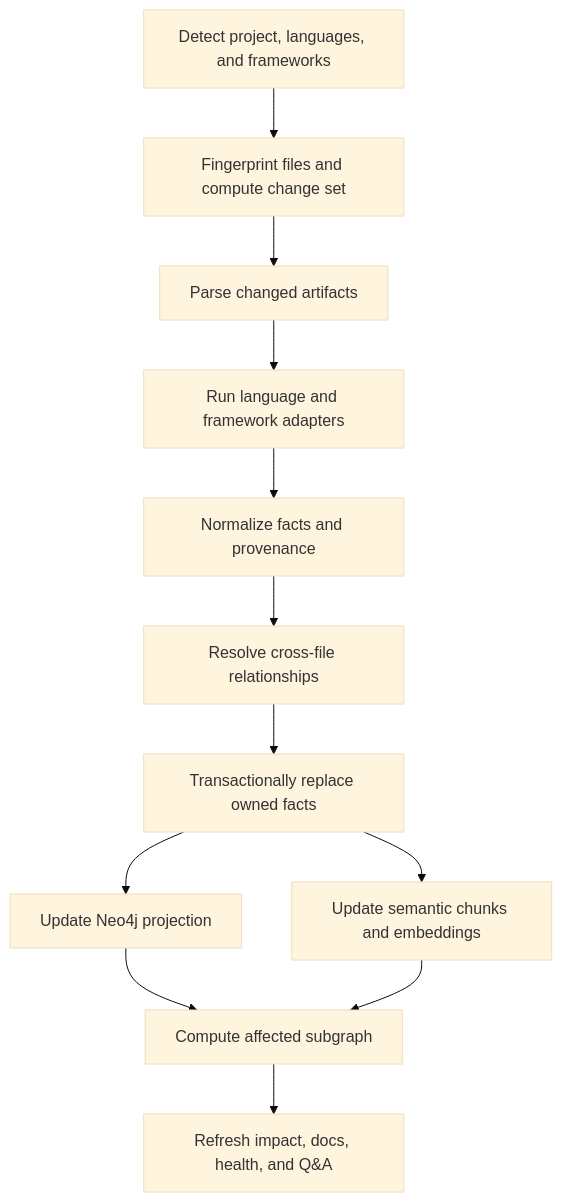
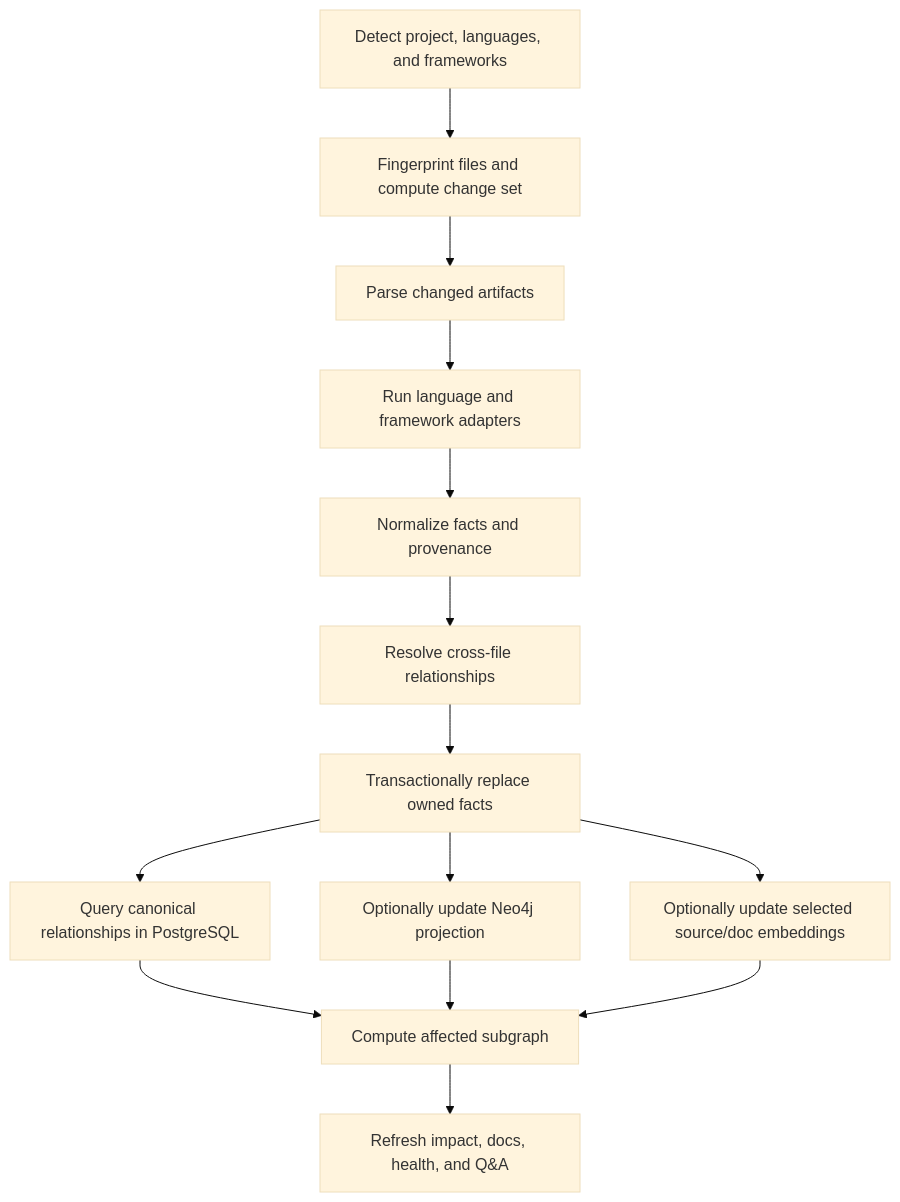
One commit to gaurav-madkaikar/IntelliRepo changed the second of 2 diagrams in docs/superpowers/specs/2026-07-15-intellirepo-portfolio-vertical-slice-design.md. Above: the diagram before and after it, drawn with Mermaid (base theme). The commit also changed other lines of this file and 31 other files, not shown here.

````diff
--- a/docs/superpowers/specs/2026-07-15-intellirepo-portfolio-vertical-slice-design.md
+++ b/docs/superpowers/specs/2026-07-15-intellirepo-portfolio-vertical-slice-design.md
@@ -144,22 +148,25 @@
 ```mermaid
 flowchart TD
     DISCOVER["Detect project, languages, and frameworks"]
     DIFF["Fingerprint files and compute change set"]
     PARSE["Parse changed artifacts"]
     EXTRACT["Run language and framework adapters"]
     NORMALIZE["Normalize facts and provenance"]
     RESOLVE["Resolve cross-file relationships"]
     COMMIT["Transactionally replace owned facts"]
-    PROJECT["Update Neo4j projection"]
-    EMBED["Update semantic chunks and embeddings"]
+    SQLGRAPH["Query canonical relationships in PostgreSQL"]
+    PROJECT["Optionally update Neo4j projection"]
+    EMBED["Optionally update selected source/doc embeddings"]
     IMPACT["Compute affected subgraph"]
     OUTPUT["Refresh impact, docs, health, and Q&A"]
 
     DISCOVER --> DIFF --> PARSE --> EXTRACT --> NORMALIZE --> RESOLVE
     RESOLVE --> COMMIT
+    COMMIT --> SQLGRAPH
     COMMIT --> PROJECT
     COMMIT --> EMBED
+    SQLGRAPH --> IMPACT
     PROJECT --> IMPACT
     EMBED --> IMPACT
     IMPACT --> OUTPUT
 ```
````
